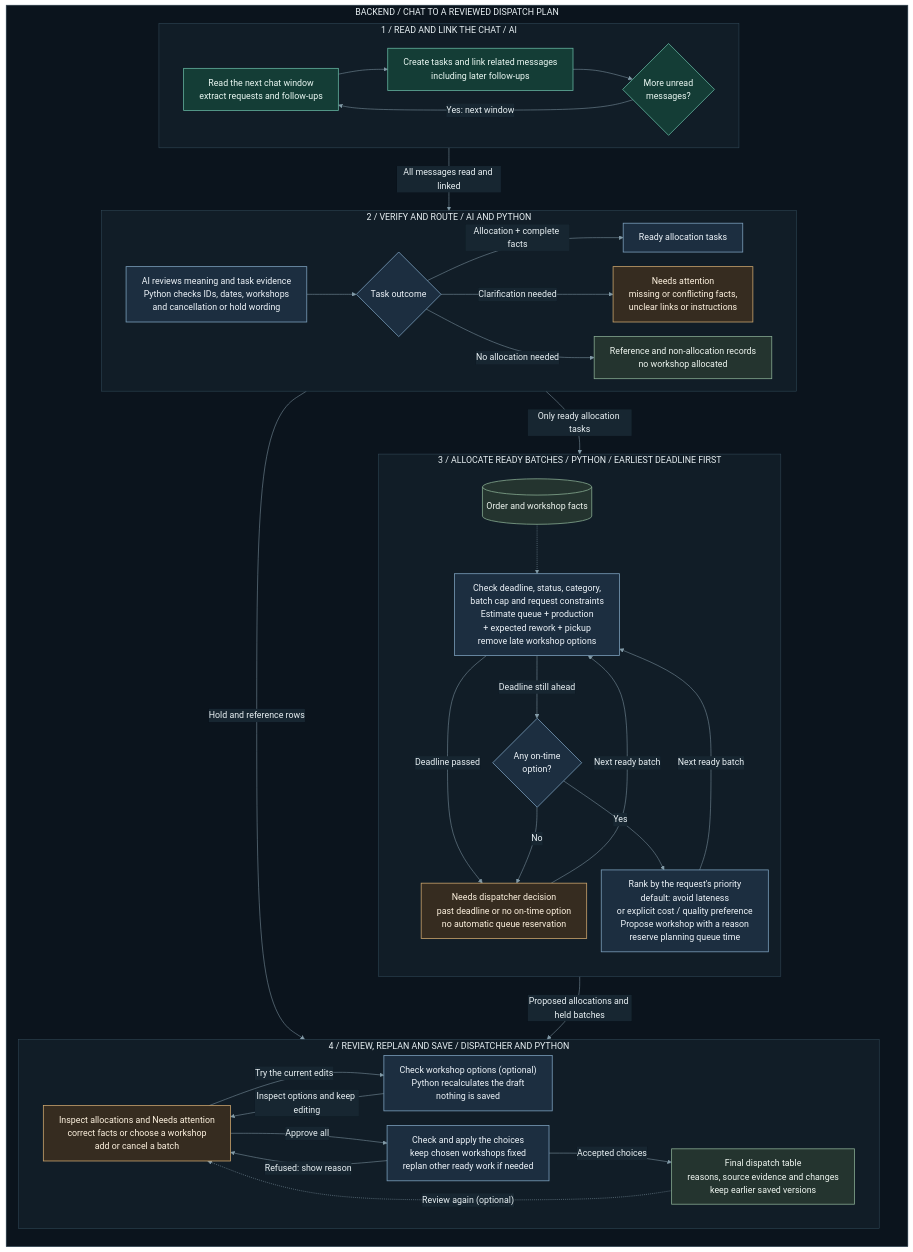
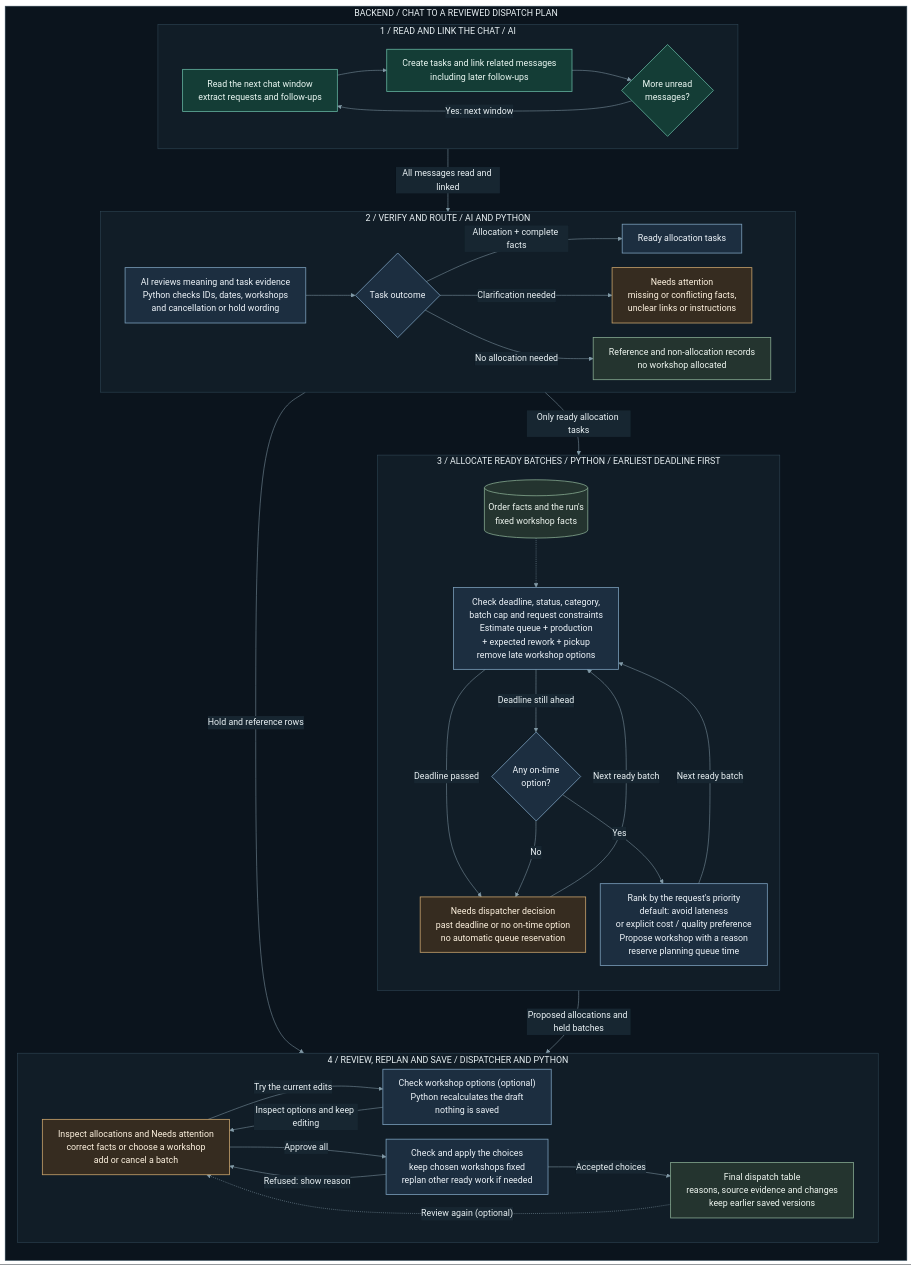
Before and after one commit to adityaviolin824/AI-Assisted-Factory-Dispatcher: the second of 2 diagrams in README.md, drawn with Mermaid. The commit also changed other lines of this file and 35 other files, not shown here.

```diff
--- a/README.md
+++ b/README.md
@@ -190,7 +197,7 @@
 
         subgraph B3["3 / ALLOCATE READY BATCHES / PYTHON / EARLIEST DEADLINE FIRST"]
             direction TB
-            FACTS[("Order and workshop facts")]:::data
+            FACTS[("Order facts and the run's<br/>fixed workshop facts")]:::data
             RULES["Check deadline, status, category,<br/>batch cap and request constraints<br/>Estimate queue + production<br/>+ expected rework + pickup<br/>remove late workshop options"]:::logic
             OPTIONS{"Any on-time<br/>option?"}:::logic
             PROPOSE["Rank by the request's priority<br/>default: avoid lateness<br/>or explicit cost / quality preference<br/>Propose workshop with a reason<br/>reserve planning queue time"]:::logic
```
